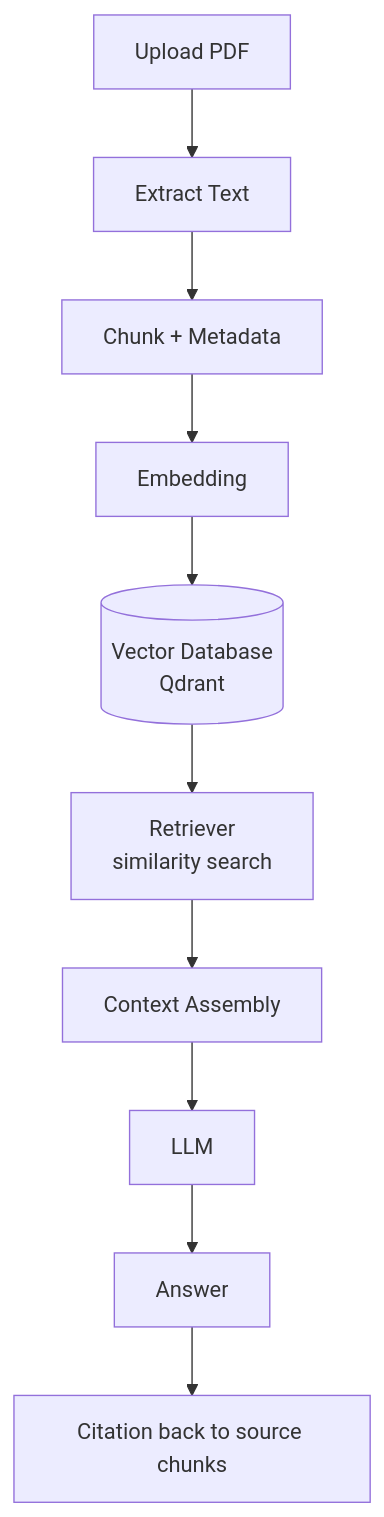
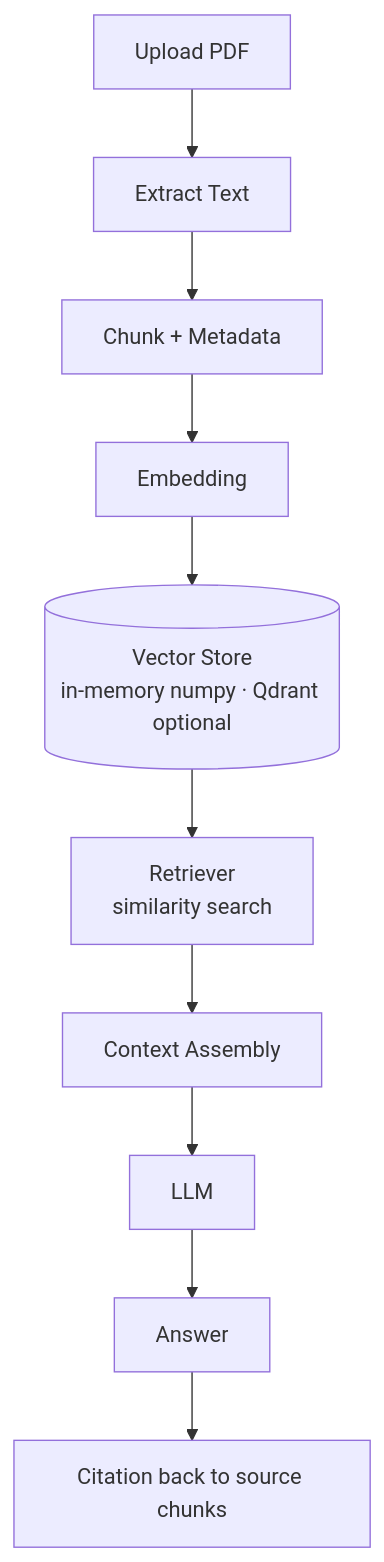
The diagram in README.md (ranjan-del/rag-pipeline), drawn with Mermaid before and after one commit. The commit also changed other lines of this file and 17 other files, not shown here.

````diff
--- a/README.md
+++ b/README.md
@@ -14,12 +21,12 @@
 ```mermaid
 flowchart TD
     A[Upload PDF] --> B[Extract Text]
     B --> C[Chunk + Metadata]
     C --> D[Embedding]
-    D --> E[(Vector Database<br/>Qdrant)]
+    D --> E[(Vector Store<br/>in-memory numpy · Qdrant optional)]
     E --> F[Retriever<br/>similarity search]
     F --> G[Context Assembly]
     G --> H[LLM]
     H --> I[Answer]
     I --> J[Citation back to source chunks]
 ```
````
